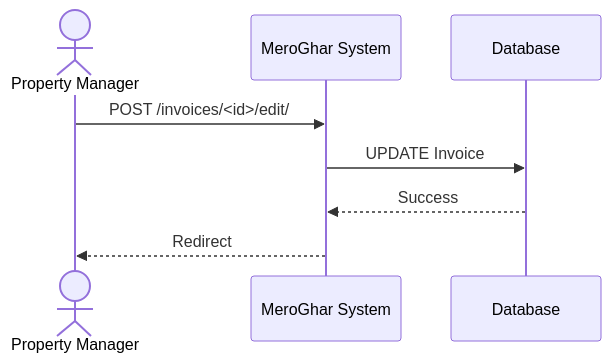
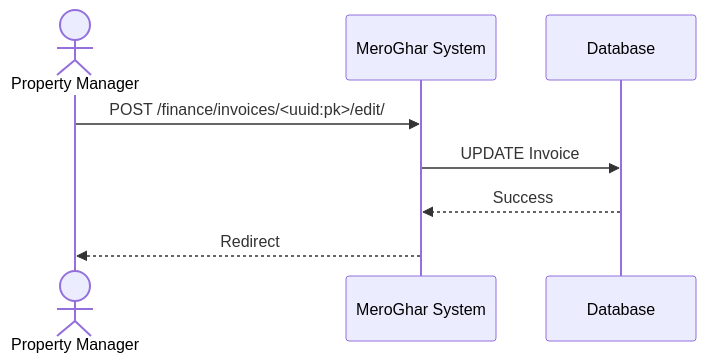
Before and after one commit to 0Ankit0/meroghar: the third of 3 diagrams in docs/workflows/invoice.md, drawn with Mermaid. The commit also changed other lines of this file and 12 other files, not shown here.

````diff
--- a/docs/workflows/invoice.md
+++ b/docs/workflows/invoice.md
@@ -57,11 +57,11 @@
 ```mermaid
 sequenceDiagram
     actor Manager as Property Manager
     participant System as MeroGhar System
     participant DB as Database
 
-    Manager->>System: POST /invoices/<id>/edit/
+    Manager->>System: POST /finance/invoices/<uuid:pk>/edit/
     System->>DB: UPDATE Invoice
     DB-->>System: Success
     System-->>Manager: Redirect
 ```
````
